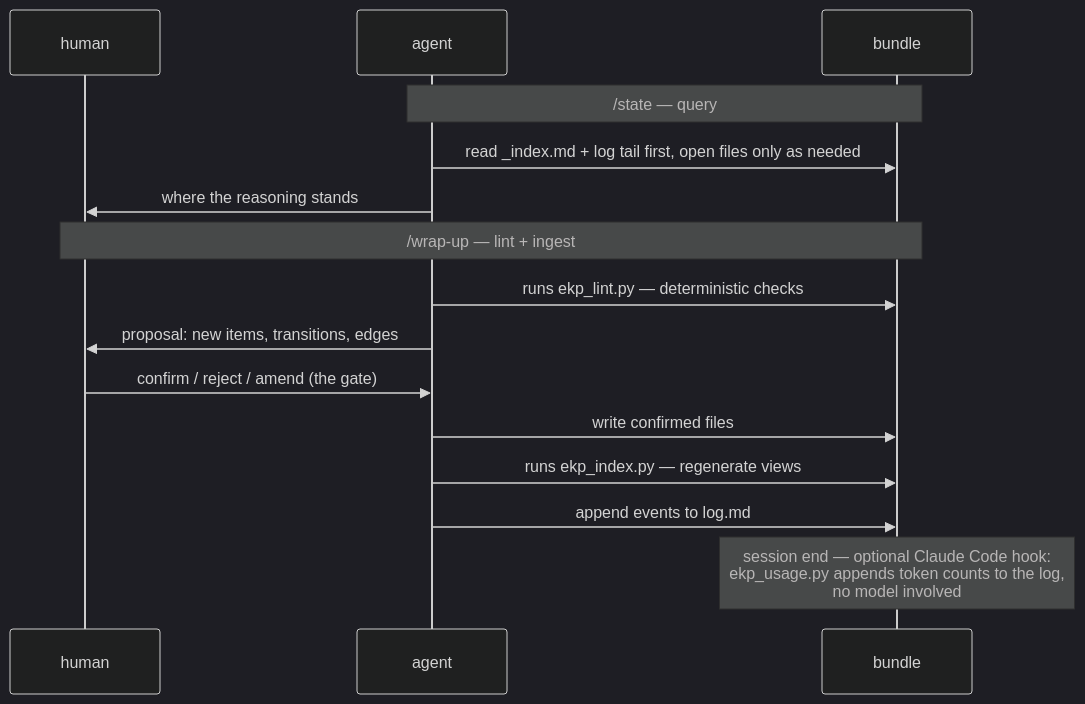
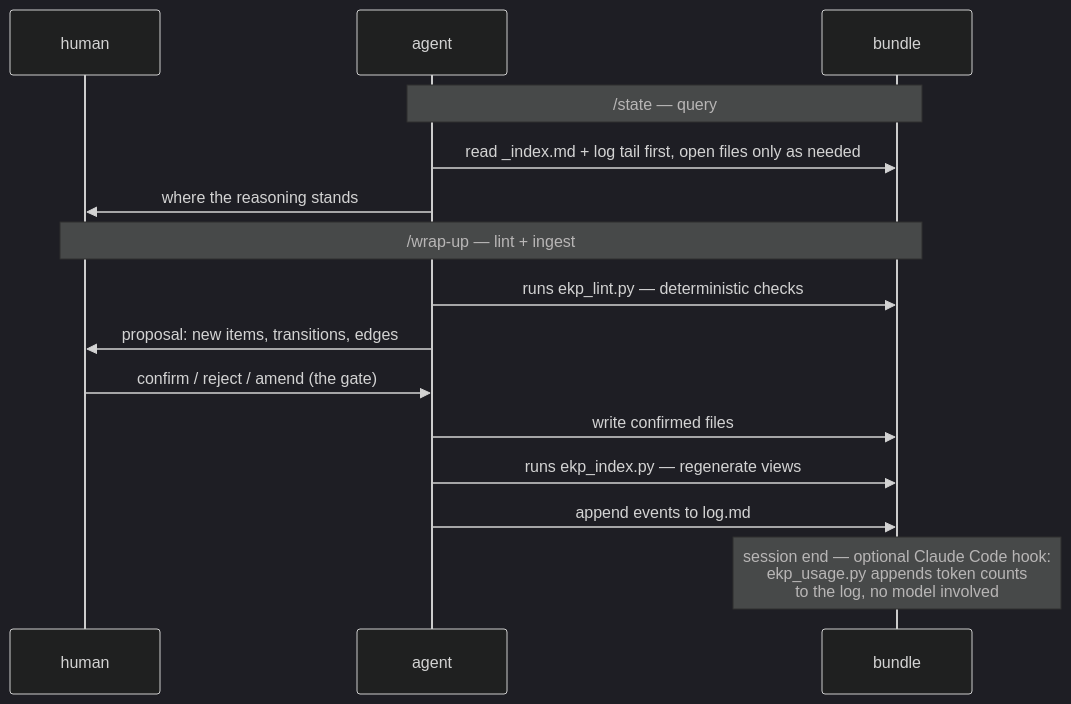
Before and after one commit to AhUhmm/epistemic-knowledge-profile: the second of 3 diagrams in README.md, drawn with Mermaid (dark theme).

Commit message:
README: shorter lines in the session-end note
The second line still overflowed its box in the re-check of #25.

````diff
--- a/README.md
+++ b/README.md
@@ -94,17 +94,17 @@
 ```mermaid
 sequenceDiagram
     participant U as human
     participant M as agent
     participant B as bundle
     Note over M,B: /state — query
     M->>B: read _index.md + log tail first, open files only as needed
     M->>U: where the reasoning stands
     Note over U,B: /wrap-up — lint + ingest
     M->>B: runs ekp_lint.py — deterministic checks
     M->>U: proposal: new items, transitions, edges
     U->>M: confirm / reject / amend (the gate)
     M->>B: write confirmed files
     M->>B: runs ekp_index.py — regenerate views
     M->>B: append events to log.md
-    Note over B: session end — optional Claude Code hook:<br/>ekp_usage.py appends token counts to the log,<br/>no model involved
+    Note over B: session end — optional Claude Code hook:<br/>ekp_usage.py appends token counts<br/>to the log, no model involved
 ```
````
